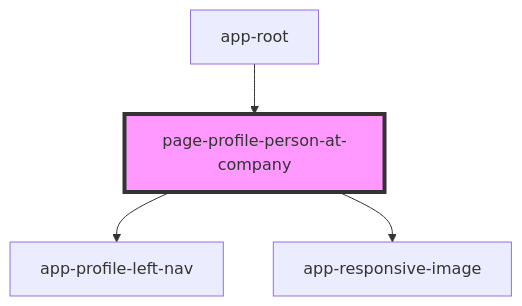
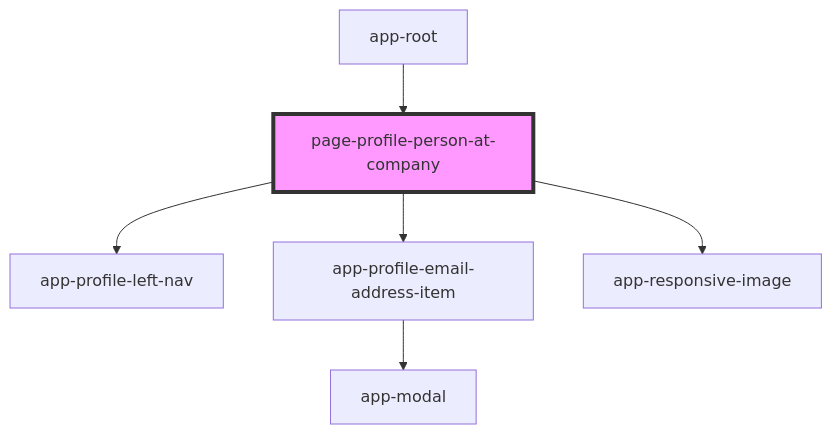
One commit to lokheed/IconEventNetwork.Web changed the diagram in iconeventnetwork-web/src/components/pages/page-profile-person-at-company/readme.md. Above: the diagram before and after it, drawn with Mermaid. The commit also changed other lines of this file and 15 other files, not shown here.

Commit message:
Common modal component, email addres consumes

````diff
--- a/iconeventnetwork-web/src/components/pages/page-profile-person-at-company/readme.md
+++ b/iconeventnetwork-web/src/components/pages/page-profile-person-at-company/readme.md
@@ -27,7 +28,9 @@
 ```mermaid
 graph TD;
   page-profile-person-at-company --> app-profile-left-nav
+  page-profile-person-at-company --> app-profile-email-address-item
   page-profile-person-at-company --> app-responsive-image
+  app-profile-email-address-item --> app-modal
   app-root --> page-profile-person-at-company
   style page-profile-person-at-company fill:#f9f,stroke:#333,stroke-width:4px
 ```
````
